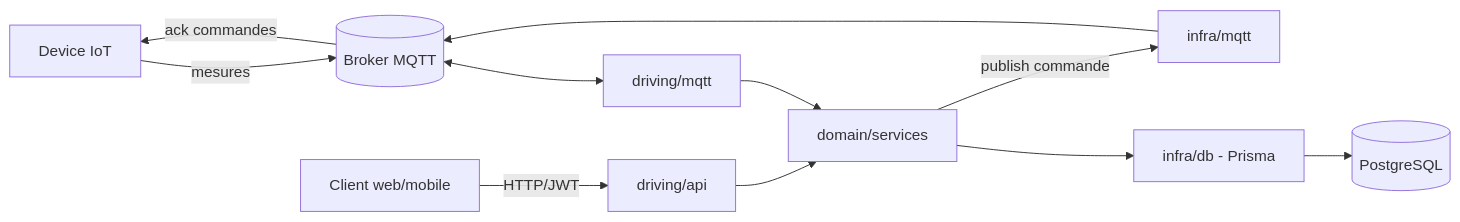
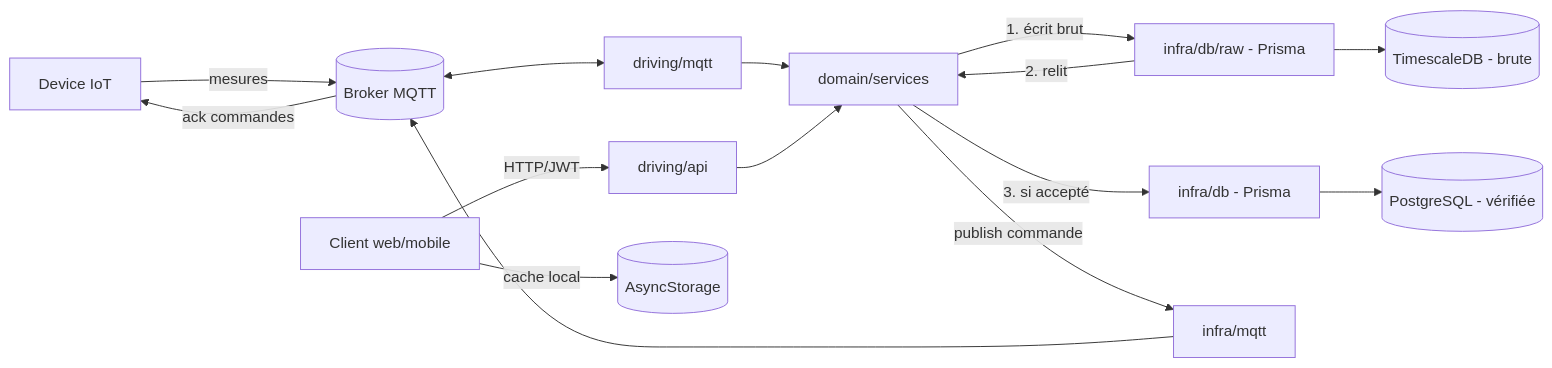
One commit to MaxOuvrard/Campify changed the diagram in docs/architecture.md. Above: the diagram before and after it, drawn with Mermaid. The commit also changed other lines of this file and 3 other files, not shown here.

````diff
--- a/docs/architecture.md
+++ b/docs/architecture.md
@@ -51,13 +54,17 @@
 ```mermaid
 flowchart LR
     Device[Device IoT] -- mesures --> Broker[(Broker MQTT)]
     Broker -- ack commandes --> Device
     Broker <--> MqttDriving[driving/mqtt]
     MqttDriving --> Domain[domain/services]
-    Domain --> Infra[infra/db - Prisma]
-    Infra --> DB[(PostgreSQL)]
+    Domain -- 1. écrit brut --> RawInfra[infra/db/raw - Prisma]
+    RawInfra --> RawDB[(TimescaleDB - brute)]
+    RawInfra -- 2. relit --> Domain
+    Domain -- 3. si accepté --> Infra[infra/db - Prisma]
+    Infra --> DB[(PostgreSQL - vérifiée)]
     Client[Client web/mobile] -- HTTP/JWT --> ApiDriving[driving/api]
     ApiDriving --> Domain
+    Client -- cache local --> MobileCache[(AsyncStorage)]
     Domain -- publish commande --> InfraMqtt[infra/mqtt]
     InfraMqtt --> Broker
 ```
````
